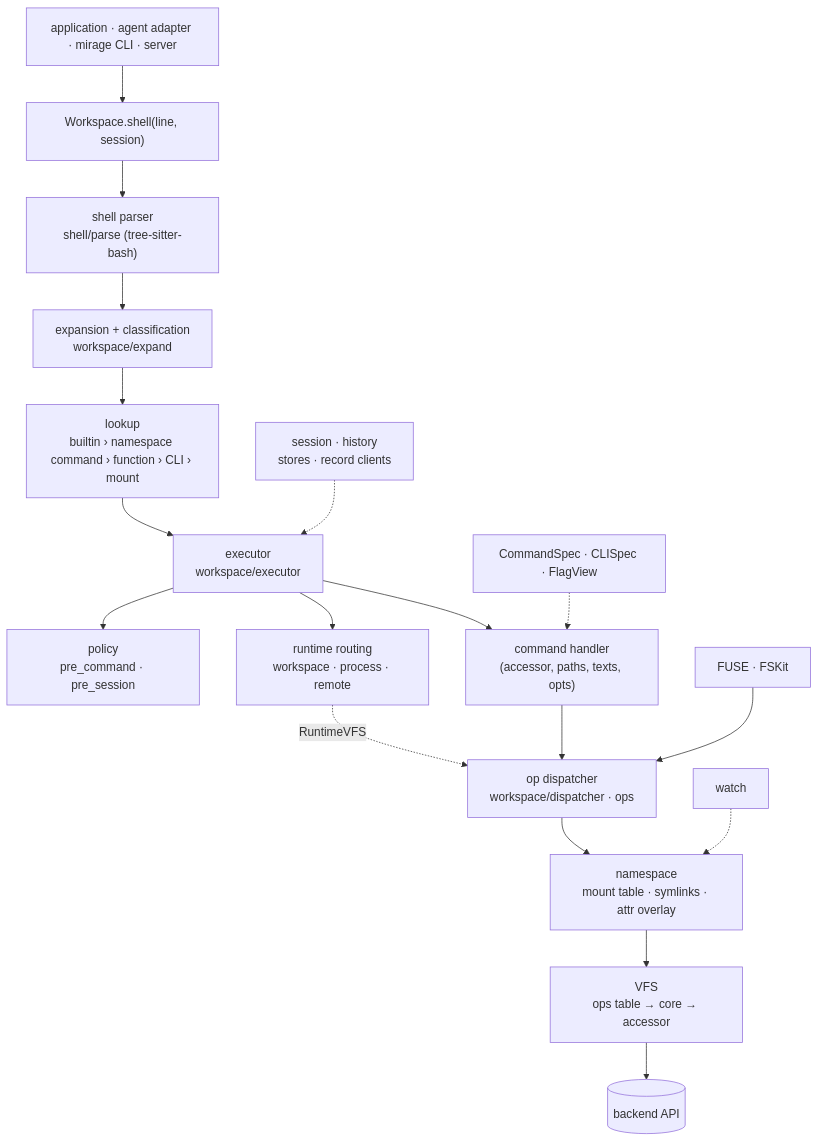
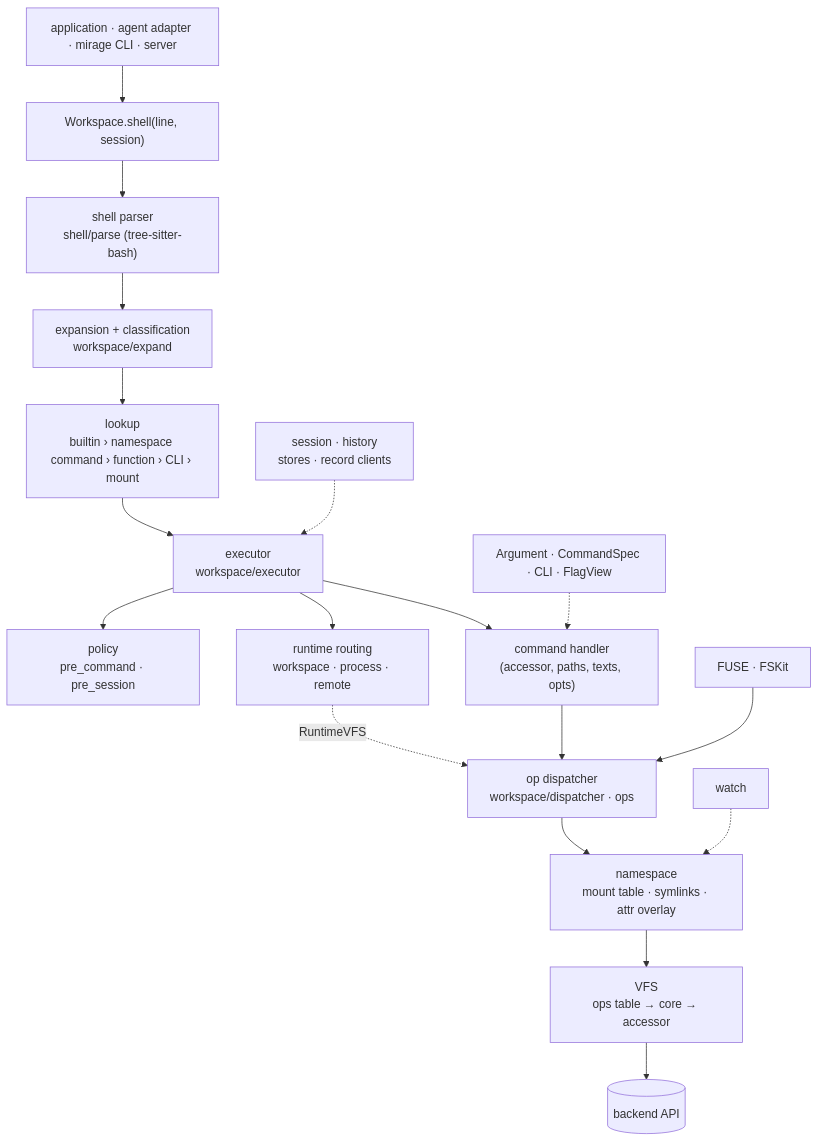
The first of 2 diagrams in CLAUDE.md (strukto-ai/mirage), drawn with Mermaid before and after one commit. The commit also changed other lines of this file and 290 other files, not shown here.

Commit message:
refactor: unify command grammar with Argument and CommandSpec

````diff
--- a/CLAUDE.md
+++ b/CLAUDE.md
@@ -213,20 +216,20 @@
 ```mermaid
 flowchart TD
     App["application · agent adapter · mirage CLI · server"] --> WS["Workspace.shell(line, session)"]
     WS --> Parse["shell parser<br/>shell/parse (tree-sitter-bash)"]
     Parse --> Expand["expansion + classification<br/>workspace/expand"]
     Expand --> Lookup["lookup<br/>builtin › namespace command › function › CLI › mount"]
     Lookup --> Exec["executor<br/>workspace/executor"]
     Exec --> Policy["policy<br/>pre_command · pre_session"]
     Exec --> Runtime["runtime routing<br/>workspace · process · remote"]
     Exec --> Handler["command handler<br/>(accessor, paths, texts, opts)"]
-    Spec["CommandSpec · CLISpec · FlagView"] -.-> Handler
+    Spec["Argument · CommandSpec · CLI · FlagView"] -.-> Handler
     Handler --> Dispatch["op dispatcher<br/>workspace/dispatcher · ops"]
     Runtime -. RuntimeVFS .-> Dispatch
     FUSE["FUSE · FSKit"] --> Dispatch
     Dispatch --> NS["namespace<br/>mount table · symlinks · attr overlay"]
     NS --> VFS["VFS<br/>ops table → core → accessor"]
     VFS --> Backend[("backend API")]
     Watch["watch"] -.-> NS
     Session["session · history<br/>stores · record clients"] -.-> Exec
 ```
````
